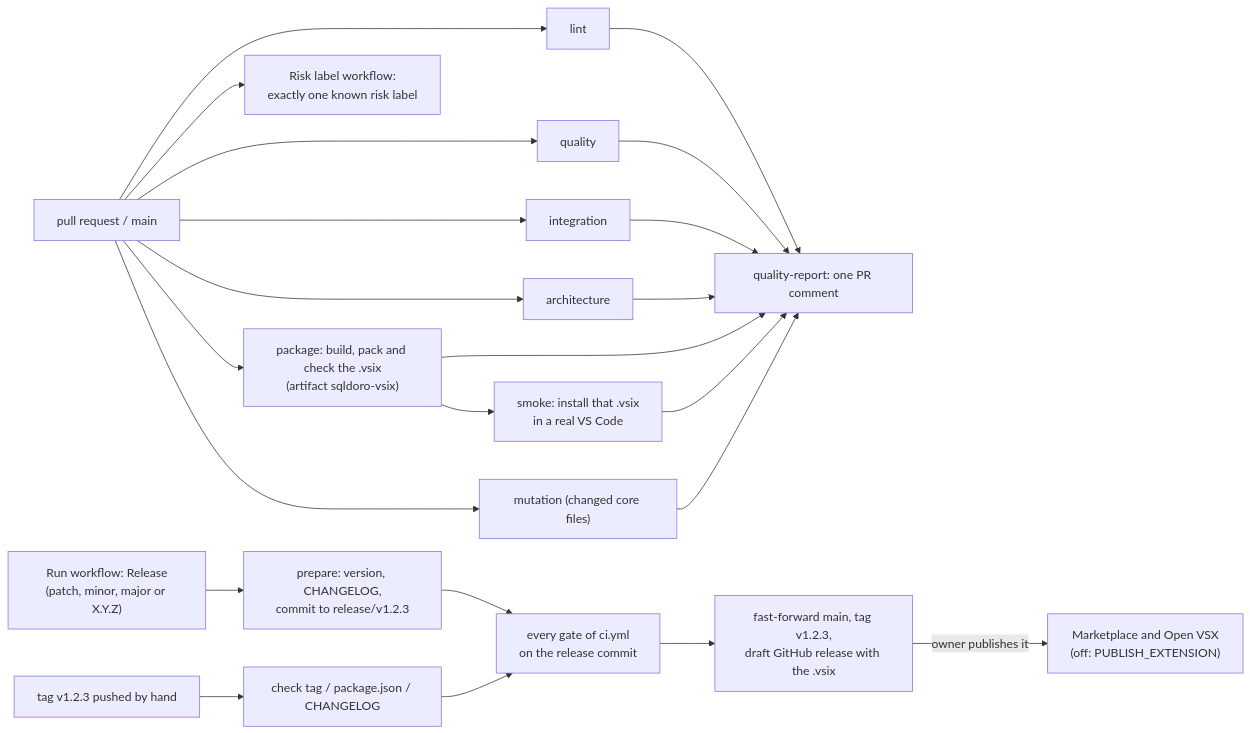
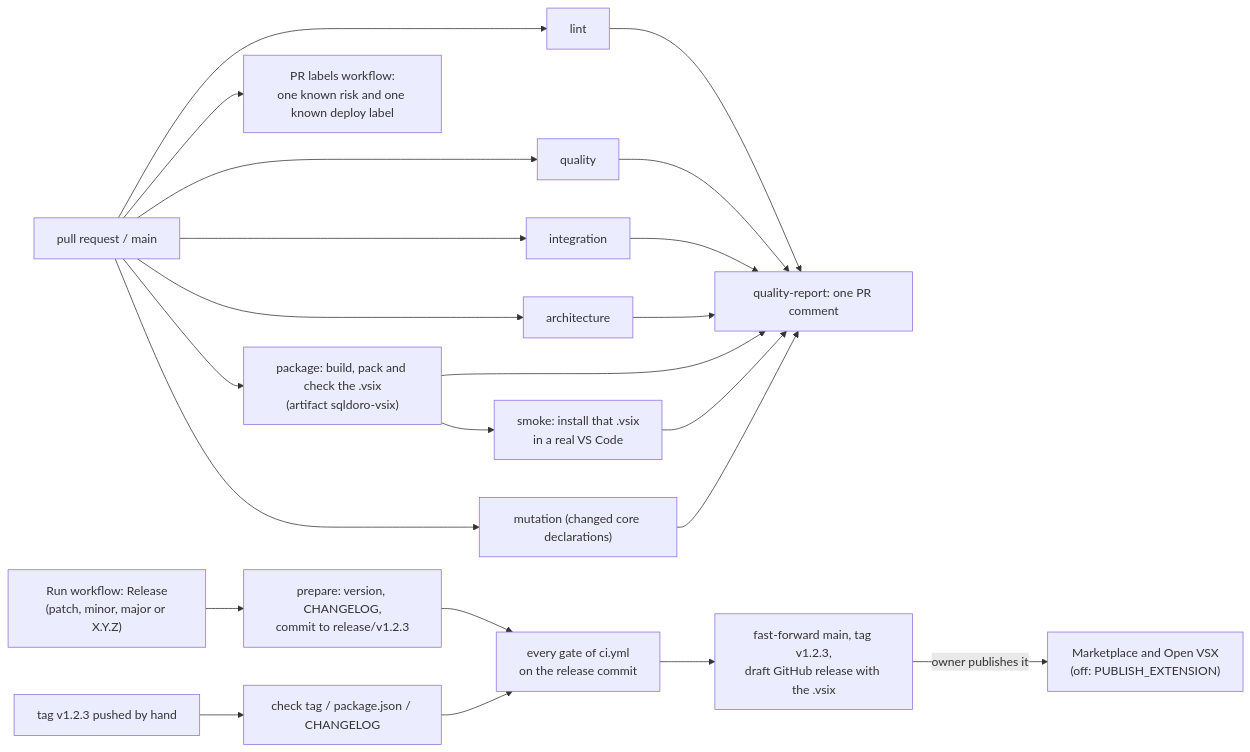
Before and after one commit to mathmed/sqldoro: the fifth of 5 diagrams in docs/ARCHITECTURE.md, drawn with Mermaid. The commit also changed other lines of this file and 130 other files, not shown here.

````diff
--- a/docs/ARCHITECTURE.md
+++ b/docs/ARCHITECTURE.md
@@ -254,11 +261,11 @@
 ```mermaid
 flowchart LR
   pr["pull request / main"] --> lint & quality & integration & architecture & package
   package["package: build, pack and check the .vsix<br/>(artifact sqldoro-vsix)"] --> smoke["smoke: install that .vsix<br/>in a real VS Code"]
-  pr --> mutation["mutation (changed core files)"]
+  pr --> mutation["mutation (changed core declarations)"]
   lint & quality & integration & architecture & package & smoke & mutation --> report["quality-report: one PR comment"]
-  pr --> risk["Risk label workflow:<br/>exactly one known risk label"]
+  pr --> labels["PR labels workflow:<br/>one known risk and one known deploy label"]
   run["Run workflow: Release<br/>(patch, minor, major or X.Y.Z)"] --> prepare["prepare: version, CHANGELOG,<br/>commit to release/v1.2.3"] --> gates["every gate of ci.yml<br/>on the release commit"] --> draft["fast-forward main, tag v1.2.3,<br/>draft GitHub release with the .vsix"]
   tag["tag v1.2.3 pushed by hand"] --> check["check tag / package.json / CHANGELOG"] --> gates
   draft -->|"owner publishes it"| publish["Marketplace and Open VSX<br/>(off: PUBLISH_EXTENSION)"]
 ```
````
